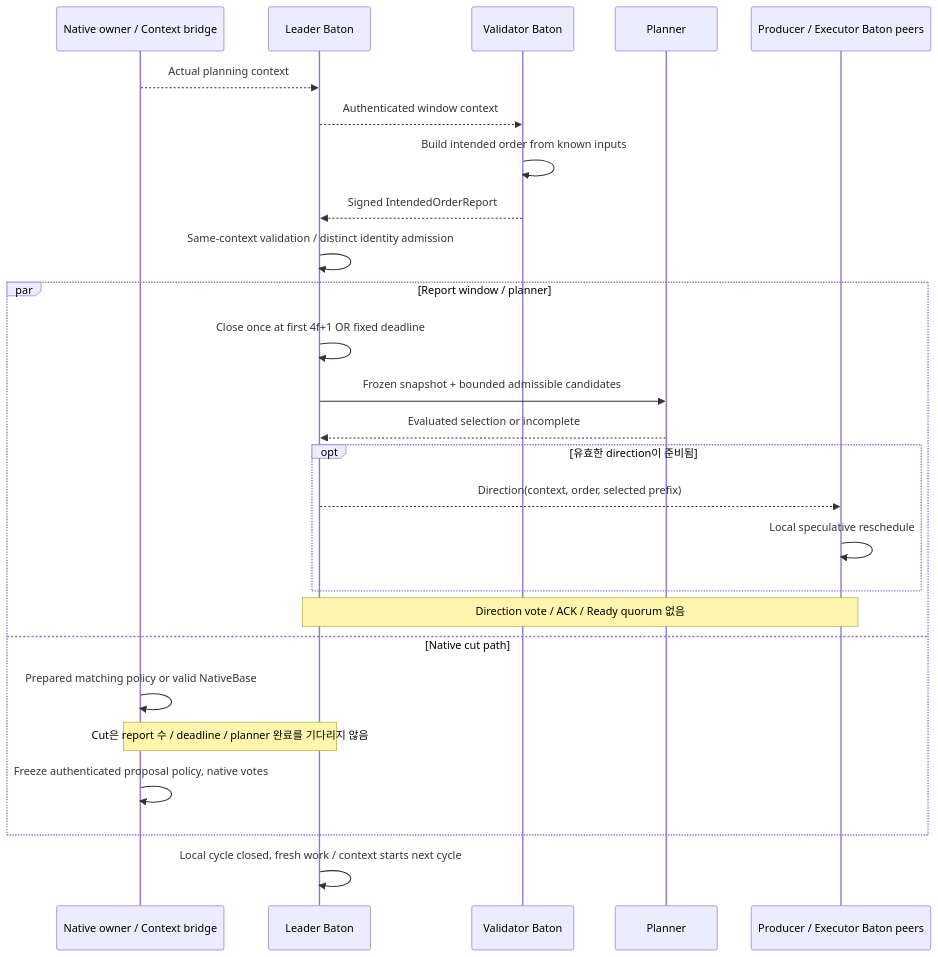
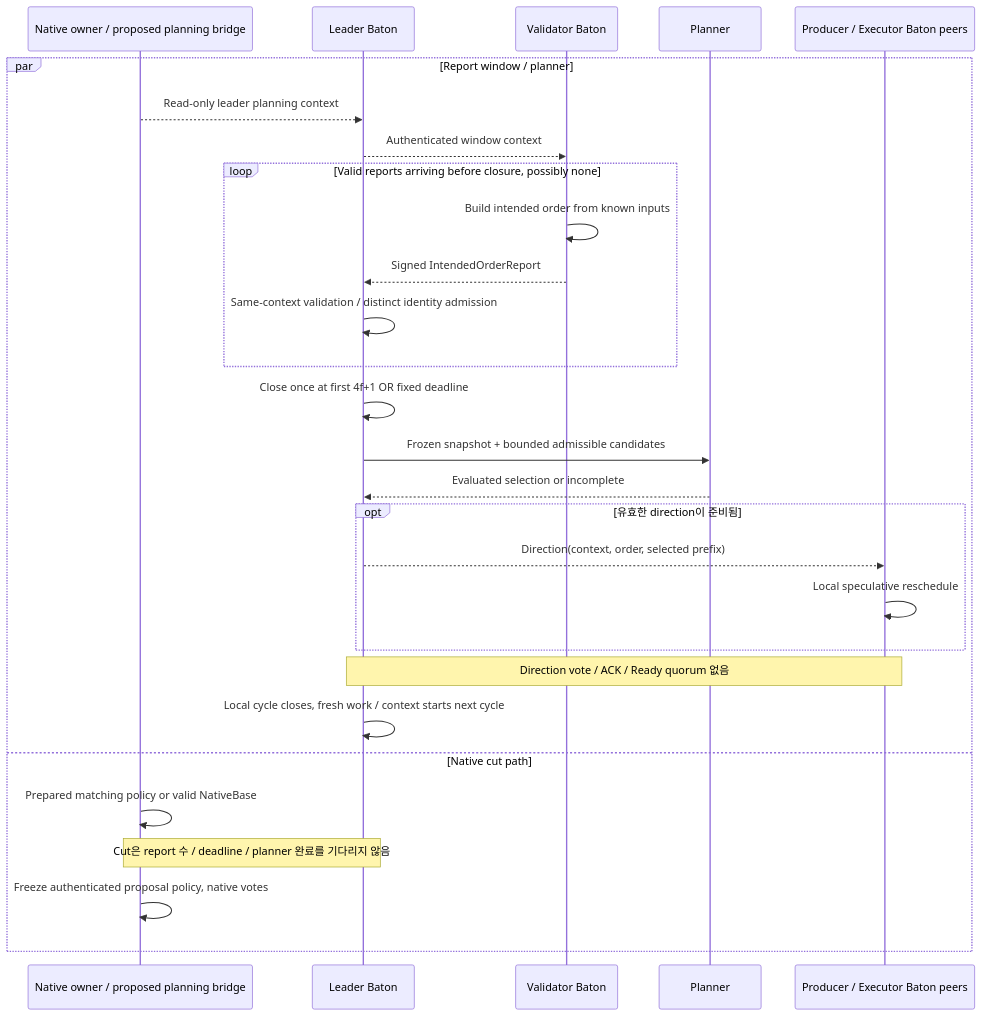
Before and after one commit to djm07073/baton-research: the sixth of 17 diagrams in IMPLEMENTATION_SPEC.md, drawn with Mermaid. The commit also changed other lines of this file and 30 other files, not shown here.

````diff
--- a/IMPLEMENTATION_SPEC.md
+++ b/IMPLEMENTATION_SPEC.md
@@ -321,28 +329,30 @@
 ```mermaid
 sequenceDiagram
-    participant N as Native owner / Context bridge
+    participant N as Native owner / proposed planning bridge
     participant L as Leader Baton
     participant V as Validator Baton
     participant P as Planner
     participant X as Producer / Executor Baton peers
-    N-->>L: Actual planning context
-    L-->>V: Authenticated window context
-    V->>V: Build intended order from known inputs
-    V-->>L: Signed IntendedOrderReport
-    L->>L: Same-context validation / distinct identity admission
     par Report window / planner
+        N-->>L: Read-only leader planning context
+        L-->>V: Authenticated window context
+        loop Valid reports arriving before closure, possibly none
+            V->>V: Build intended order from known inputs
+            V-->>L: Signed IntendedOrderReport
+            L->>L: Same-context validation / distinct identity admission
+        end
         L->>L: Close once at first 4f+1 OR fixed deadline
         L->>P: Frozen snapshot + bounded admissible candidates
         P-->>L: Evaluated selection or incomplete
         opt 유효한 direction이 준비됨
             L-->>X: Direction(context, order, selected prefix)
             X->>X: Local speculative reschedule
         end
         Note over L,X: Direction vote / ACK / Ready quorum 없음
+        L->>L: Local cycle closes, fresh work / context starts next cycle
     and Native cut path
         N->>N: Prepared matching policy or valid NativeBase
         Note over N,L: Cut은 report 수 / deadline / planner 완료를 기다리지 않음
         N->>N: Freeze authenticated proposal policy, native votes
     end
-    L->>L: Local cycle closed, fresh work / context starts next cycle
 ```
````
